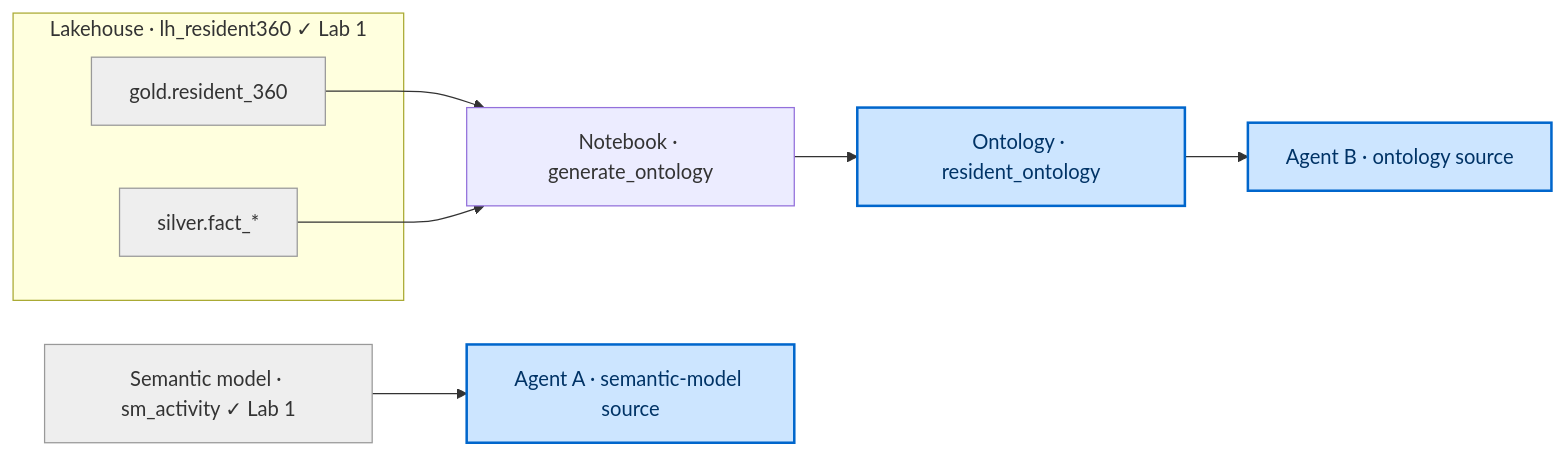
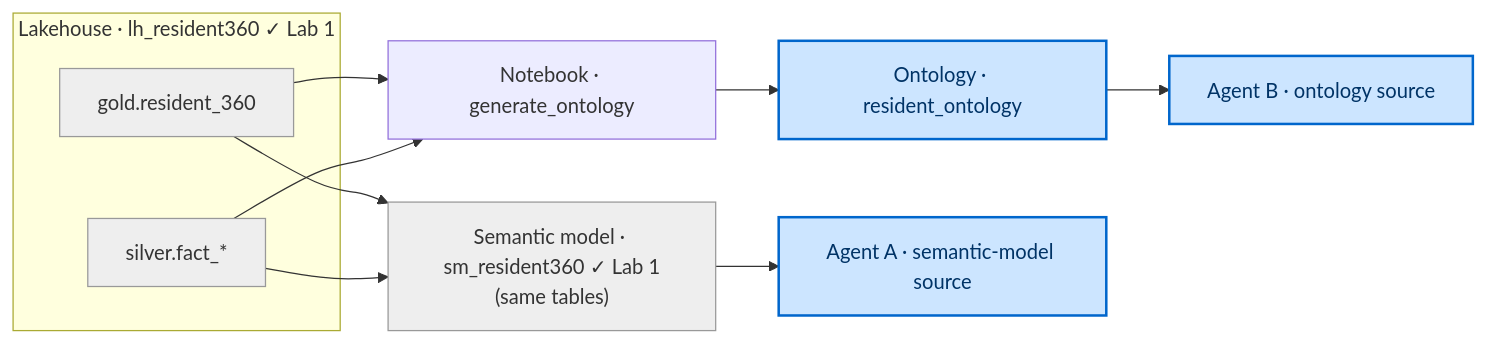
Before and after one commit to ericshawtyz/resident-360-data-workshop: the diagram in lab4-ontology-dataagent/README.md, drawn with Mermaid. The commit also changed other lines of this file and 12 other files, not shown here.

First line of the commit message:
Lab 1/2/4: semantic-model parity + honest SM-vs-ontology comparison + hub-and-spoke framing

````diff
--- a/lab4-ontology-dataagent/README.md
+++ b/lab4-ontology-dataagent/README.md
@@ -21,20 +22,22 @@
 ```mermaid
 flowchart LR
   subgraph LH["Lakehouse · lh_resident360 ✓ Lab 1"]
     GLD["gold.resident_360"]
     SLV["silver.fact_*"]
   end
   NB["Notebook · generate_ontology"]
-  SM["Semantic model · sm_activity ✓ Lab 1"]
+  SM["Semantic model · sm_resident360 ✓ Lab 1<br/>(same tables)"]
   ONT["Ontology · resident_ontology"]
   AG1["Agent A · semantic-model source"]
   AG2["Agent B · ontology source"]
   GLD --> NB --> ONT
   SLV --> NB
+  GLD --> SM
+  SLV --> SM
   SM --> AG1
   ONT --> AG2
   classDef item fill:#cce5ff,stroke:#0066cc,stroke-width:2px,color:#003366;
   class ONT,AG1,AG2 item;
   classDef done fill:#eeeeee,stroke:#999999,color:#333333;
   class GLD,SLV,SM done;
 ```
````
